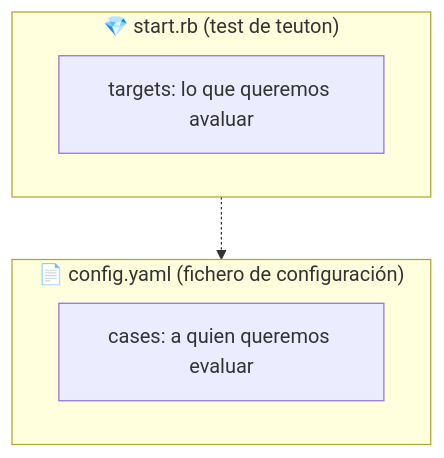
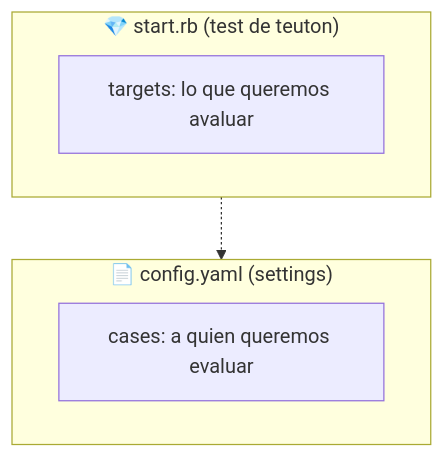
Before and after one commit to dvarrui/charlas: the diagram in teuton/nginx/docs/index.md, drawn with Mermaid.

````diff
--- a/teuton/nginx/docs/index.md
+++ b/teuton/nginx/docs/index.md
@@ -115,13 +115,13 @@
 ```mermaid
 graph TD
-    subgraph Archivo1 ["📄 config.yaml (fichero de configuración)"]
+    subgraph Archivo1 ["📄 config.yaml (settings)"]
         C["cases: a quien queremos evaluar"]
     end
 
     subgraph Archivo2 ["💎 start.rb (test de teuton)"]
         T["targets: lo que queremos avaluar"]
     end
 
     %% Relación opcional: el test suele leer la configuración
     Archivo2 -.-> Archivo1
 ```
````
